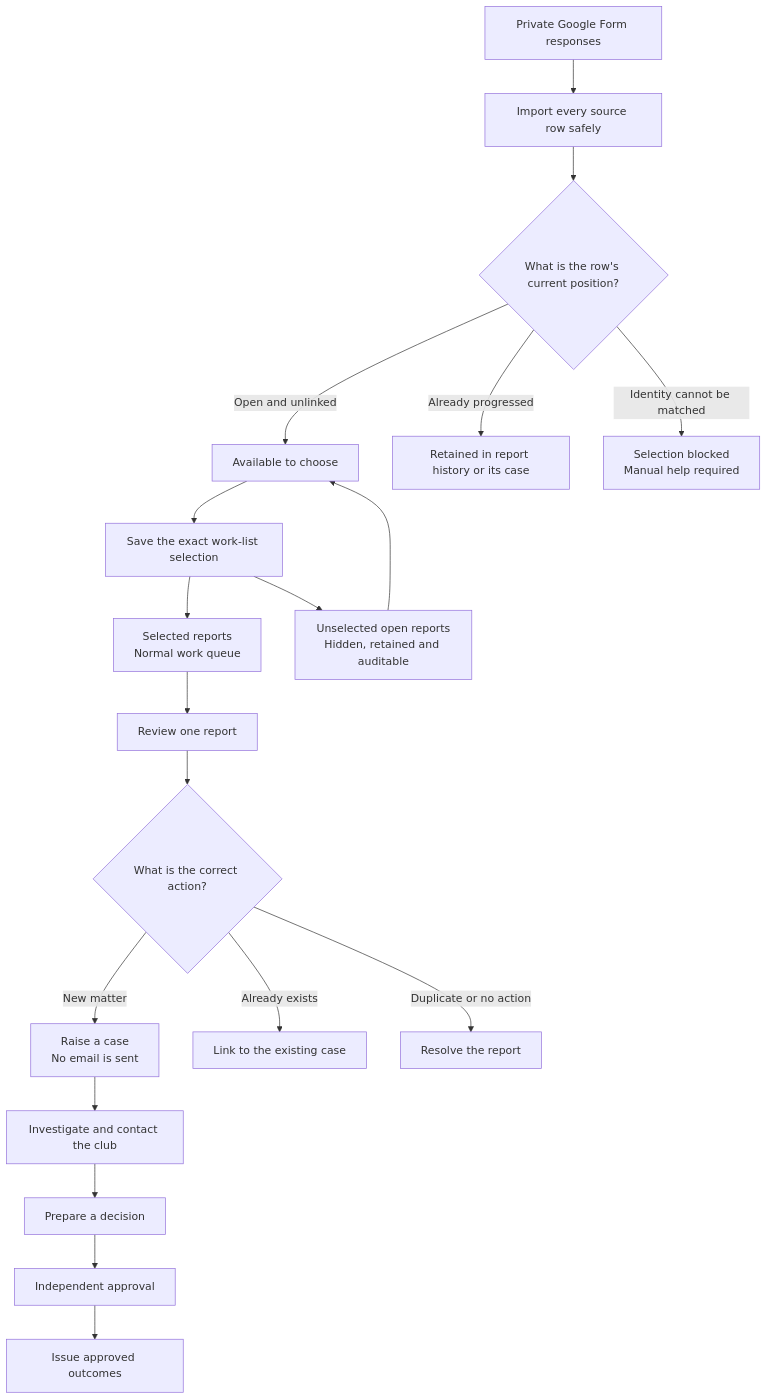
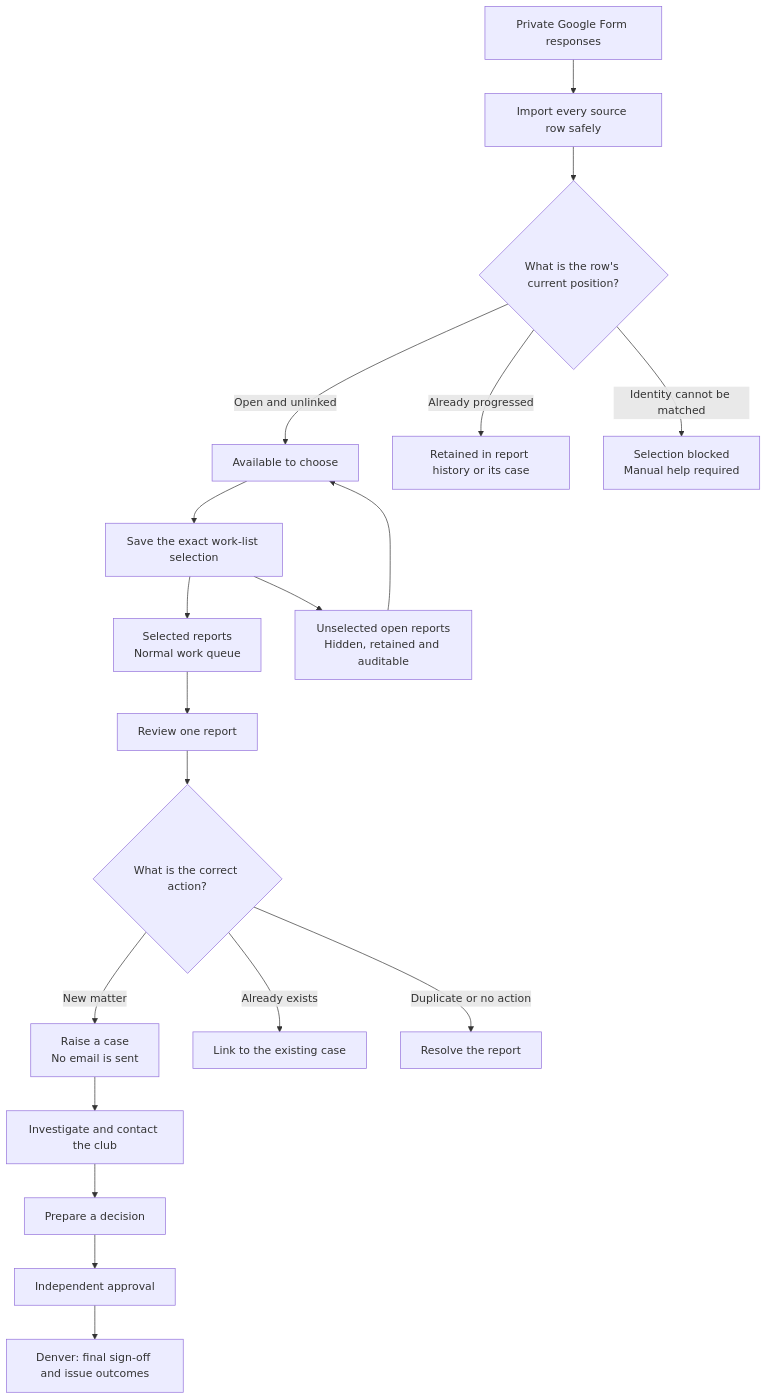
The diagram in docs/INELIGIBLE-PLAYER-QUICK-GUIDE.md (warren2314/gmcl), drawn with Mermaid before and after one commit. The commit also changed other lines of this file and 10 other files, not shown here.

Commit message:
Fix peer approval and Denver final sign-off

````diff
--- a/docs/INELIGIBLE-PLAYER-QUICK-GUIDE.md
+++ b/docs/INELIGIBLE-PLAYER-QUICK-GUIDE.md
@@ -178,21 +178,21 @@
 ```mermaid
 flowchart TD
     A["Private Google Form responses"] --> B["Import every source row safely"]
     B --> C{"What is the row's current position?"}
     C -->|Open and unlinked| D["Available to choose"]
     C -->|Already progressed| E["Retained in report history or its case"]
     C -->|Identity cannot be matched| F["Selection blocked<br/>Manual help required"]
     D --> G["Save the exact work-list selection"]
     G --> H["Selected reports<br/>Normal work queue"]
     G --> I["Unselected open reports<br/>Hidden, retained and auditable"]
     I --> D
     H --> J["Review one report"]
     J --> K{"What is the correct action?"}
     K -->|New matter| L["Raise a case<br/>No email is sent"]
     K -->|Already exists| M["Link to the existing case"]
     K -->|Duplicate or no action| N["Resolve the report"]
     L --> O["Investigate and contact the club"]
     O --> P["Prepare a decision"]
     P --> Q["Independent approval"]
-    Q --> R["Issue approved outcomes"]
+    Q --> R["Denver: final sign-off and issue outcomes"]
 ```
````
